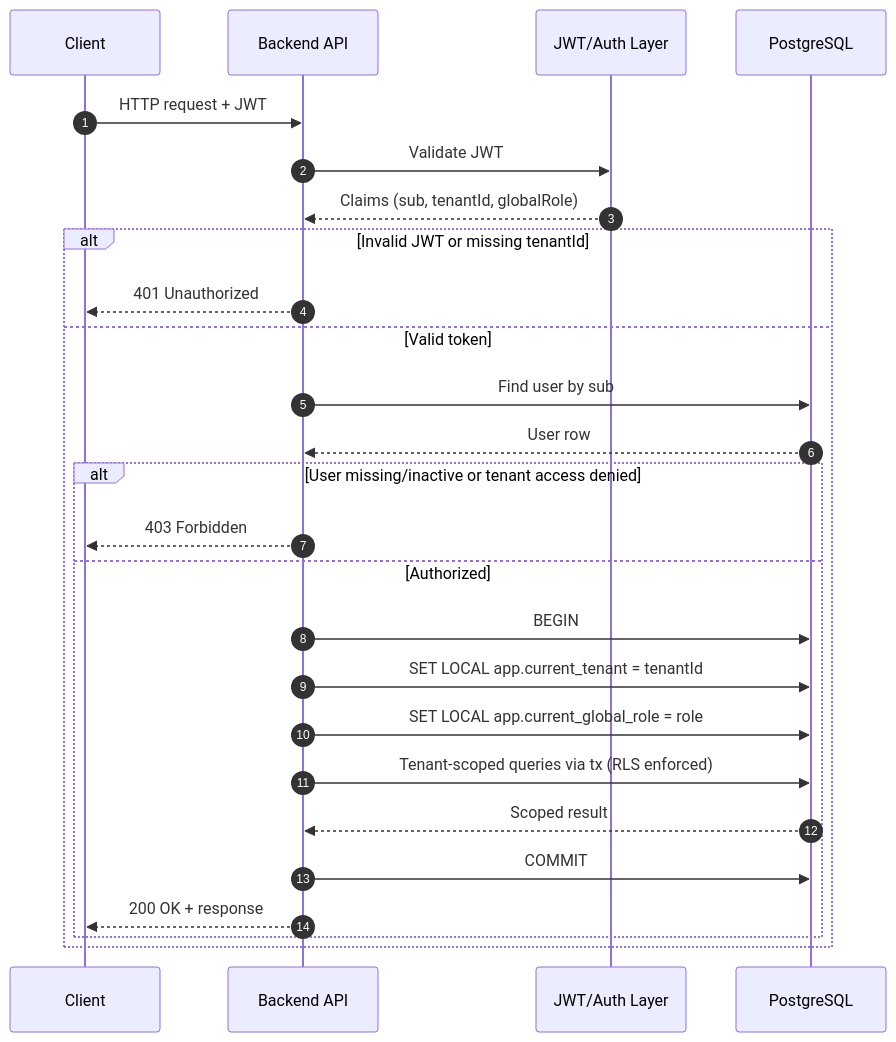
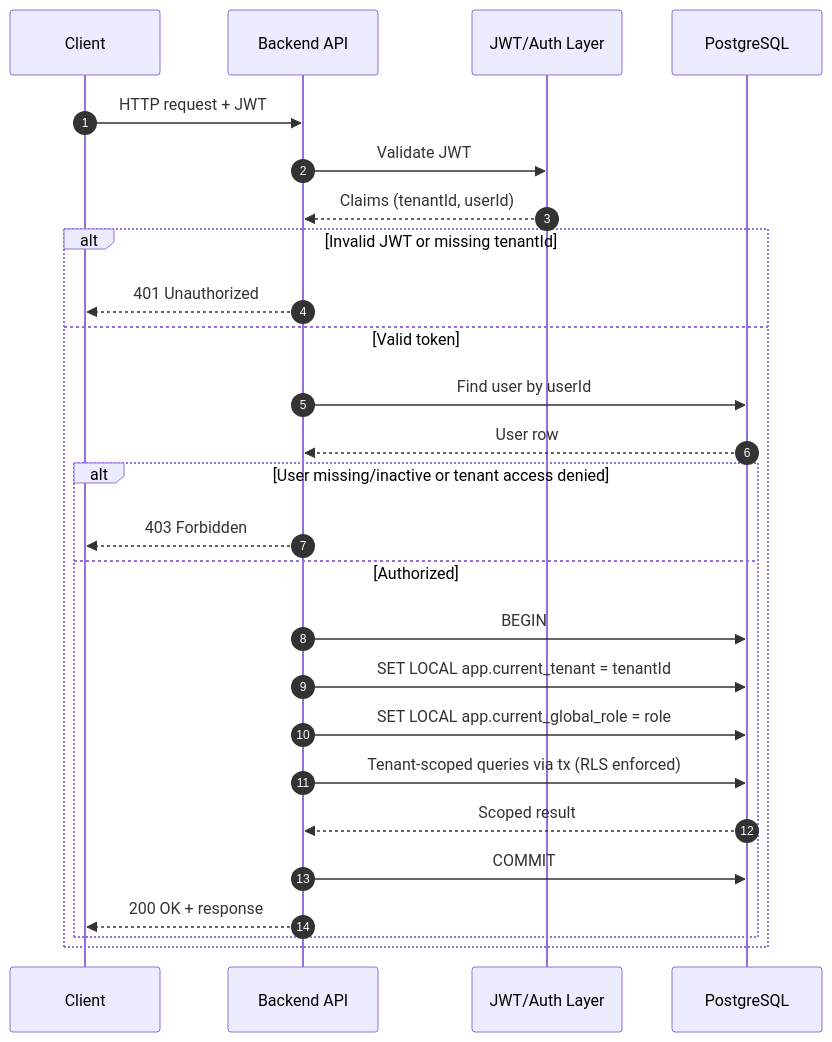
One commit to KaterynaKocheharova/Multi-tenant-architecture changed the diagram in architecture-homework/docs/tenant-resolution.md. Above: the diagram before and after it, drawn with Mermaid. The commit also changed 2 other files, not shown here.

````diff
--- a/architecture-homework/docs/tenant-resolution.md
+++ b/architecture-homework/docs/tenant-resolution.md
@@ -21,31 +21,31 @@
 ```mermaid
 sequenceDiagram
 	autonumber
 	participant C as Client
 	participant API as Backend API
 	participant AUTH as JWT/Auth Layer
 	participant DB as PostgreSQL
 
 	C->>API: HTTP request + JWT
 	API->>AUTH: Validate JWT
-	AUTH-->>API: Claims (sub, tenantId, globalRole)
+	AUTH-->>API: Claims (tenantId, userId)
 
 	alt Invalid JWT or missing tenantId
 		API-->>C: 401 Unauthorized
 	else Valid token
-		API->>DB: Find user by sub
+		API->>DB: Find user by userId
 		DB-->>API: User row
 
 		alt User missing/inactive or tenant access denied
 			API-->>C: 403 Forbidden
 		else Authorized
 			API->>DB: BEGIN
 			API->>DB: SET LOCAL app.current_tenant = tenantId
 			API->>DB: SET LOCAL app.current_global_role = role
 			API->>DB: Tenant-scoped queries via tx (RLS enforced)
 			DB-->>API: Scoped result
 			API->>DB: COMMIT
 			API-->>C: 200 OK + response
 		end
 	end
 ```
````
